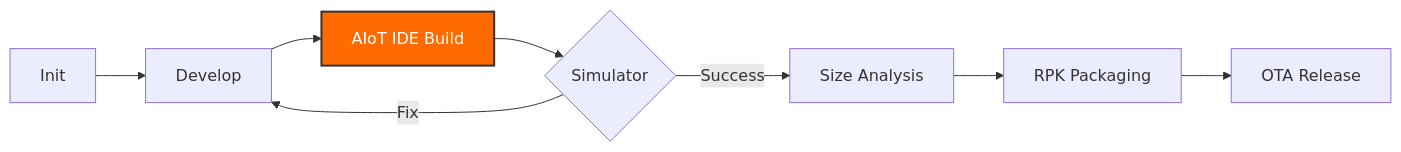
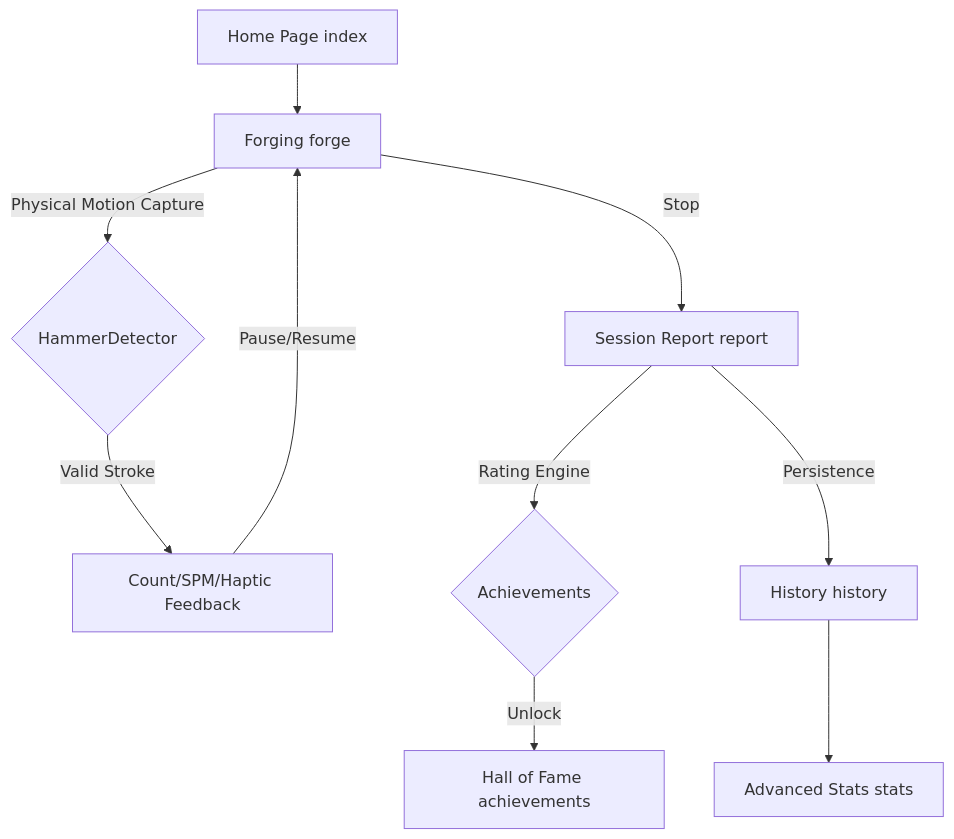
Before and after one commit to Rikka06/IronForge: the diagram in README_EN.md, drawn with Mermaid. The commit also changed other lines of this file and 1 other file, not shown here.

Commit message:
docs: pivot README focus to Digital Forging Simulator app

````diff
--- a/README_EN.md
+++ b/README_EN.md
@@ -56,11 +63,12 @@
 ```mermaid
-graph LR
-    A[Init] --> B[Develop]
-    B --> C[AIoT IDE Build]
-    C --> D{Simulator}
-    D -- Fix --> B
-    D -- Success --> E[Size Analysis]
-    E --> F[RPK Packaging]
-    F --> G[OTA Release]
-    style C fill:#ff6b00,stroke:#333,stroke-width:2px,color:#fff
+graph TD
+    A[Home Page index] --> B[Forging forge]
+    B -- Physical Motion Capture --> C{HammerDetector}
+    C -- Valid Stroke --> D[Count/SPM/Haptic Feedback]
+    D -- Pause/Resume --> B
+    B -- Stop --> E[Session Report report]
+    E -- Rating Engine --> F{Achievements}
+    F -- Unlock --> G[Hall of Fame achievements]
+    E -- Persistence --> H[History history]
+    H --> I[Advanced Stats stats]
 ```
````
